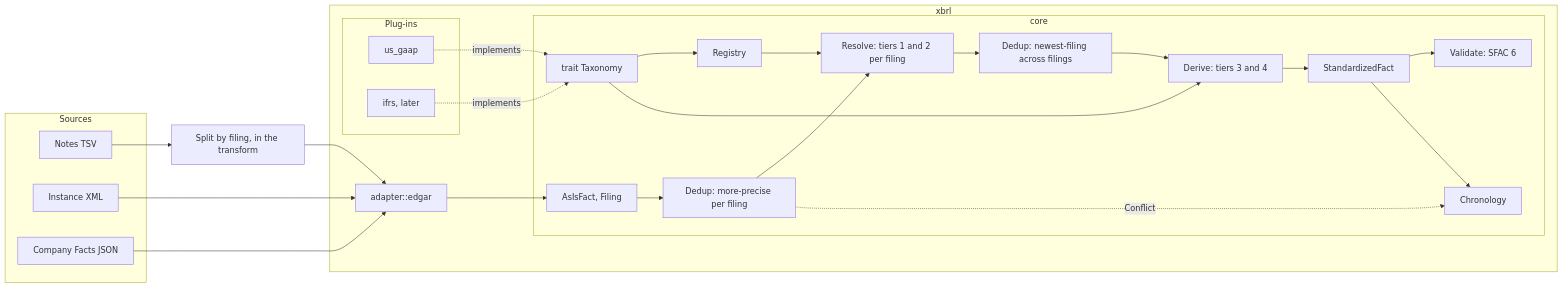
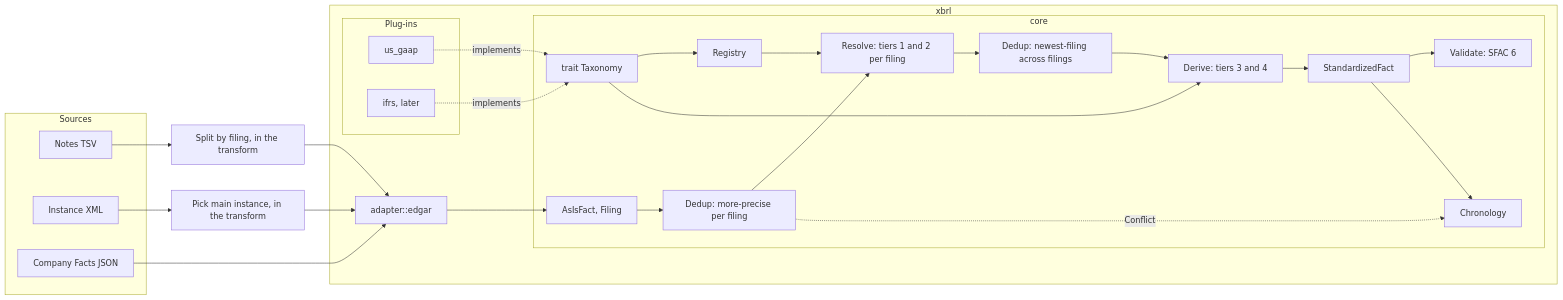
Before and after one commit to ironcapitaleu/arkad: the first of 2 diagrams in xbrl/DESIGN.md, drawn with Mermaid. The commit also changed other lines of this file, not shown here.

````diff
--- a/xbrl/DESIGN.md
+++ b/xbrl/DESIGN.md
@@ -75,38 +75,38 @@
 ```mermaid
 flowchart LR
   subgraph Sources
     N[Notes TSV]
     I[Instance XML]
     J[Company Facts JSON]
   end
   subgraph xbrl
     subgraph core
       A[AsIsFact, Filing]
       T[trait Taxonomy]
       R[Registry]
       D1[Dedup: more-precise per filing]
       RES[Resolve: tiers 1 and 2 per filing]
       D2[Dedup: newest-filing across filings]
       DER[Derive: tiers 3 and 4]
       V[Validate: SFAC 6]
       C[Chronology]
       S[StandardizedFact]
     end
     subgraph plugins[Plug-ins]
       U[us_gaap]
       F[ifrs, later]
     end
     SA[adapter::edgar]
   end
   N --> SPL[Split by filing, in the transform] --> SA
-  I --> SA
+  I --> PICK[Pick main instance, in the transform] --> SA
   J --> SA --> A
   U -. implements .-> T
   F -. implements .-> T
   T --> R --> RES
   A --> D1 --> RES --> D2 --> DER --> S
   D1 -. Conflict .-> C
   T --> DER
   S --> V
   S --> C
 ```
````
